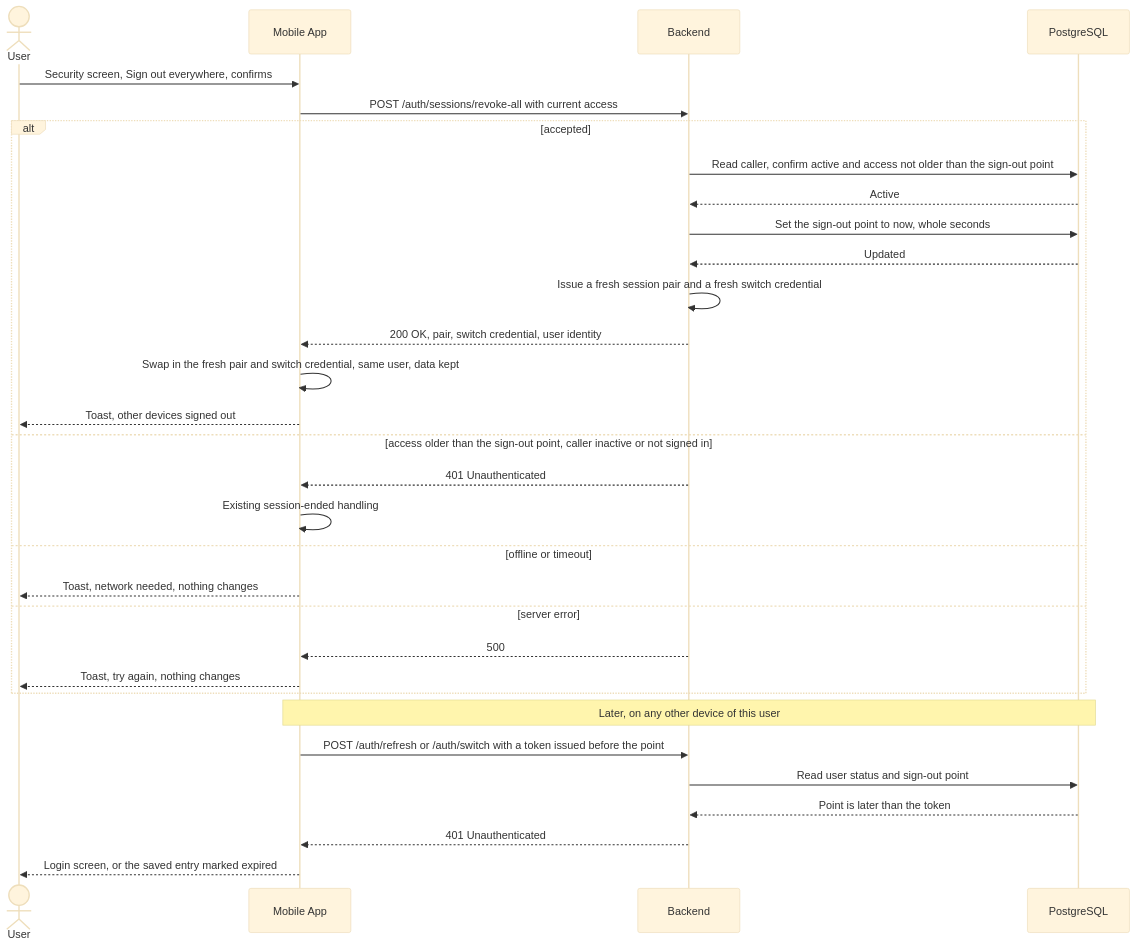
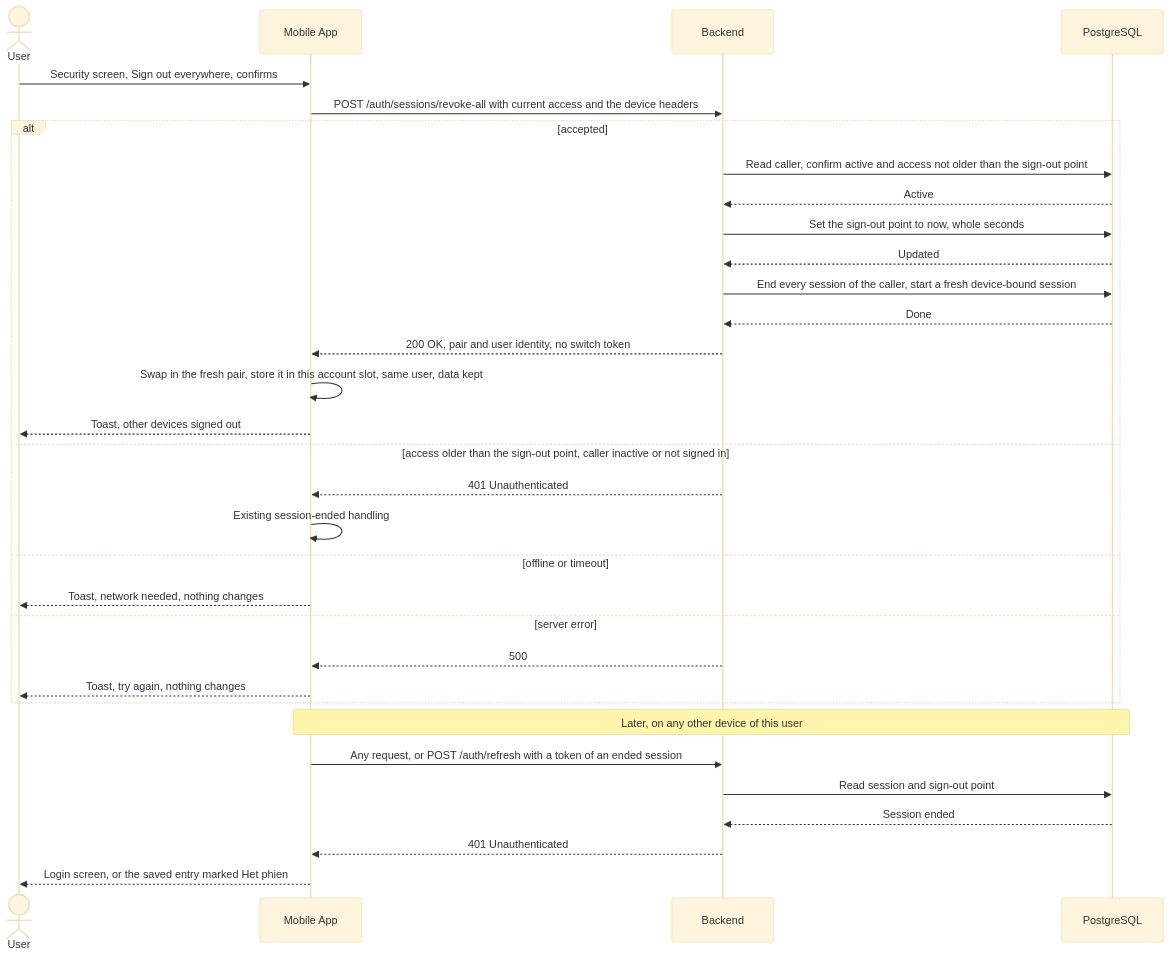
One commit to tommyledev-gif/pfm changed the eighth of 12 diagrams in specs/mobile-account-switch/plan.md. Above: the diagram before and after it, drawn with Mermaid (base theme). The commit also changed other lines of this file and 115 other files, not shown here.

First line of the commit message:
feat: device-bound sessions, signed-in devices, change password, app lock

````diff
--- a/specs/mobile-account-switch/plan.md
+++ b/specs/mobile-account-switch/plan.md
@@ -496,34 +629,35 @@
 ```mermaid
 sequenceDiagram
     actor User
     participant App as Mobile App
     participant BE as Backend
     participant DB as PostgreSQL
 
     User->>App: Security screen, Sign out everywhere, confirms
-    App->>BE: POST /auth/sessions/revoke-all with current access
+    App->>BE: POST /auth/sessions/revoke-all with current access and the device headers
     alt accepted
         BE->>DB: Read caller, confirm active and access not older than the sign-out point
         DB-->>BE: Active
         BE->>DB: Set the sign-out point to now, whole seconds
         DB-->>BE: Updated
-        BE->>BE: Issue a fresh session pair and a fresh switch credential
-        BE-->>App: 200 OK, pair, switch credential, user identity
-        App->>App: Swap in the fresh pair and switch credential, same user, data kept
+        BE->>DB: End every session of the caller, start a fresh device-bound session
+        DB-->>BE: Done
+        BE-->>App: 200 OK, pair and user identity, no switch token
+        App->>App: Swap in the fresh pair, store it in this account slot, same user, data kept
         App-->>User: Toast, other devices signed out
     else access older than the sign-out point, caller inactive or not signed in
         BE-->>App: 401 Unauthenticated
         App->>App: Existing session-ended handling
     else offline or timeout
         App-->>User: Toast, network needed, nothing changes
     else server error
         BE-->>App: 500
         App-->>User: Toast, try again, nothing changes
     end
     Note over App,DB: Later, on any other device of this user
-    App->>BE: POST /auth/refresh or /auth/switch with a token issued before the point
-    BE->>DB: Read user status and sign-out point
-    DB-->>BE: Point is later than the token
+    App->>BE: Any request, or POST /auth/refresh with a token of an ended session
+    BE->>DB: Read session and sign-out point
+    DB-->>BE: Session ended
     BE-->>App: 401 Unauthenticated
-    App-->>User: Login screen, or the saved entry marked expired
+    App-->>User: Login screen, or the saved entry marked Het phien
 ```
````
